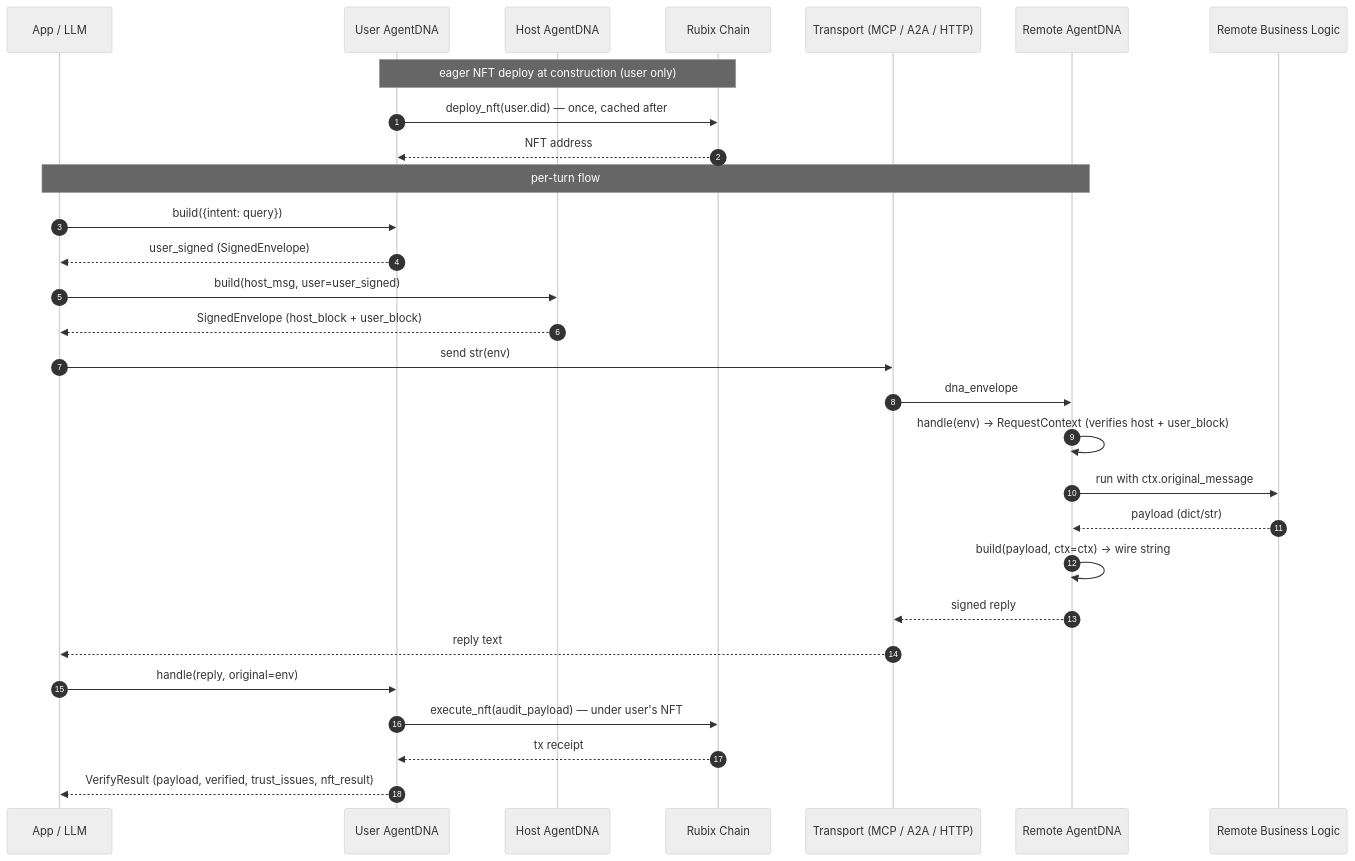
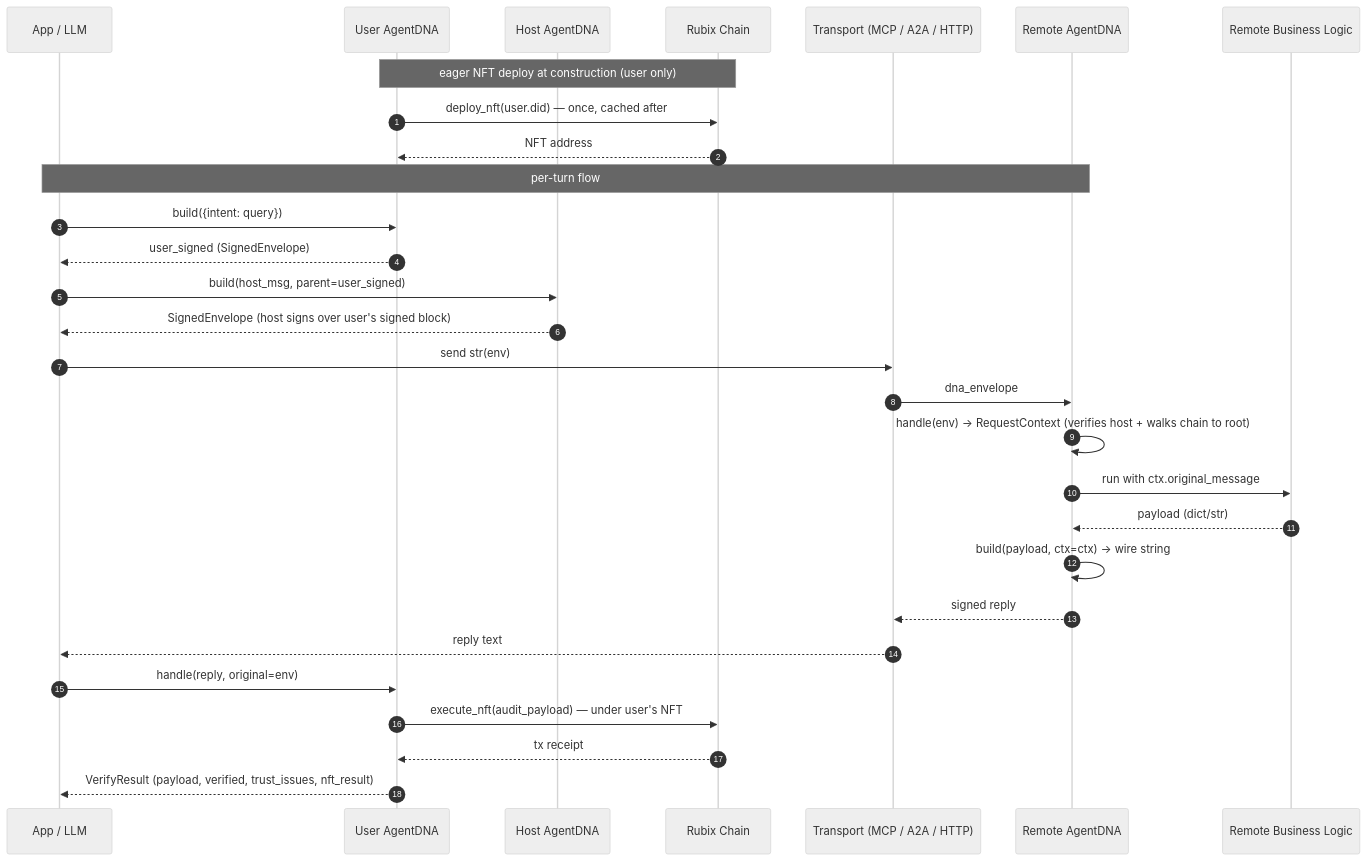
Before and after one commit to agent-dna/agentdna: the third of 3 diagrams in docs/ARCHITECTURE.md, drawn with Mermaid (neutral theme). The commit also changed other lines of this file and 12 other files, not shown here.

````diff
--- a/docs/ARCHITECTURE.md
+++ b/docs/ARCHITECTURE.md
@@ -185,33 +190,33 @@
 ```mermaid
 sequenceDiagram
     autonumber
     participant App as App / LLM
     participant DNA_U as User AgentDNA
     participant DNA_H as Host AgentDNA
     participant Chain as Rubix Chain
     participant Transport as Transport (MCP / A2A / HTTP)
     participant DNA_R as Remote AgentDNA
     participant Logic as Remote Business Logic
 
     Note over DNA_U,Chain: eager NFT deploy at construction (user only)
     DNA_U->>Chain: deploy_nft(user.did) — once, cached after
     Chain-->>DNA_U: NFT address
 
     Note over App,DNA_R: per-turn flow
     App->>DNA_U: build({intent: query})
     DNA_U-->>App: user_signed (SignedEnvelope)
-    App->>DNA_H: build(host_msg, user=user_signed)
-    DNA_H-->>App: SignedEnvelope (host_block + user_block)
+    App->>DNA_H: build(host_msg, parent=user_signed)
+    DNA_H-->>App: SignedEnvelope (host signs over user's signed block)
     App->>Transport: send str(env)
     Transport->>DNA_R: dna_envelope
-    DNA_R->>DNA_R: handle(env) → RequestContext (verifies host + user_block)
+    DNA_R->>DNA_R: handle(env) → RequestContext (verifies host + walks chain to root)
     DNA_R->>Logic: run with ctx.original_message
     Logic-->>DNA_R: payload (dict/str)
     DNA_R->>DNA_R: build(payload, ctx=ctx) → wire string
     DNA_R-->>Transport: signed reply
     Transport-->>App: reply text
     App->>DNA_U: handle(reply, original=env)
     DNA_U->>Chain: execute_nft(audit_payload) — under user's NFT
     Chain-->>DNA_U: tx receipt
     DNA_U-->>App: VerifyResult (payload, verified, trust_issues, nft_result)
 ```
````
